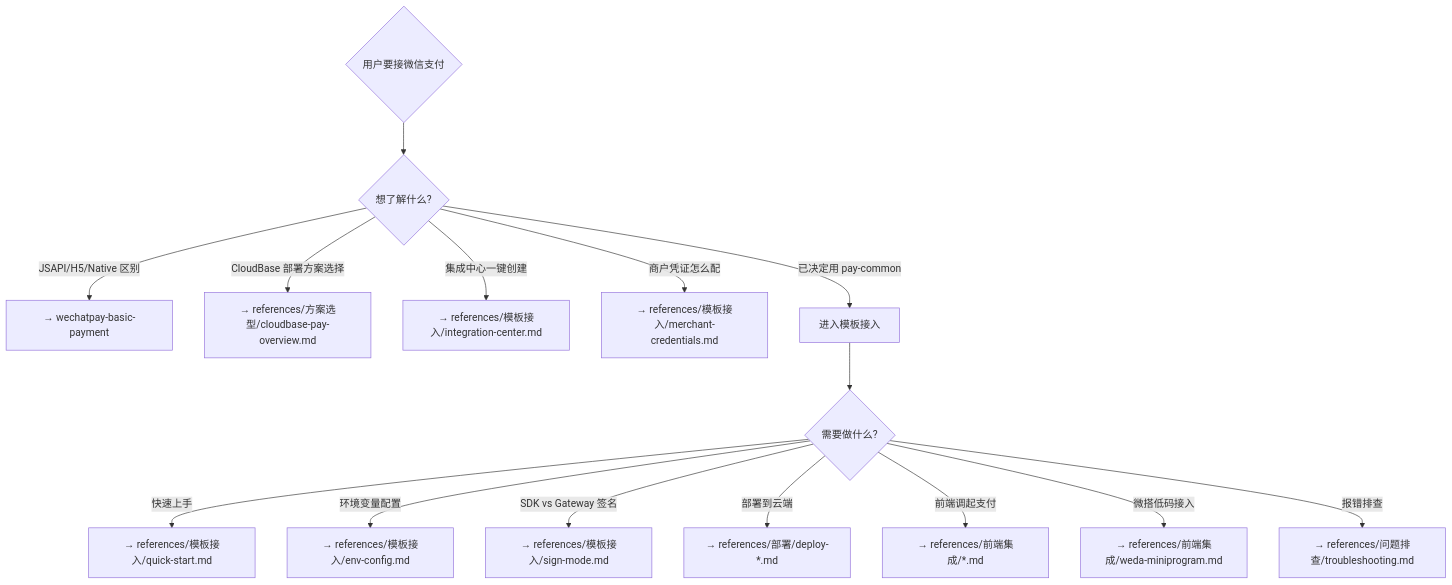
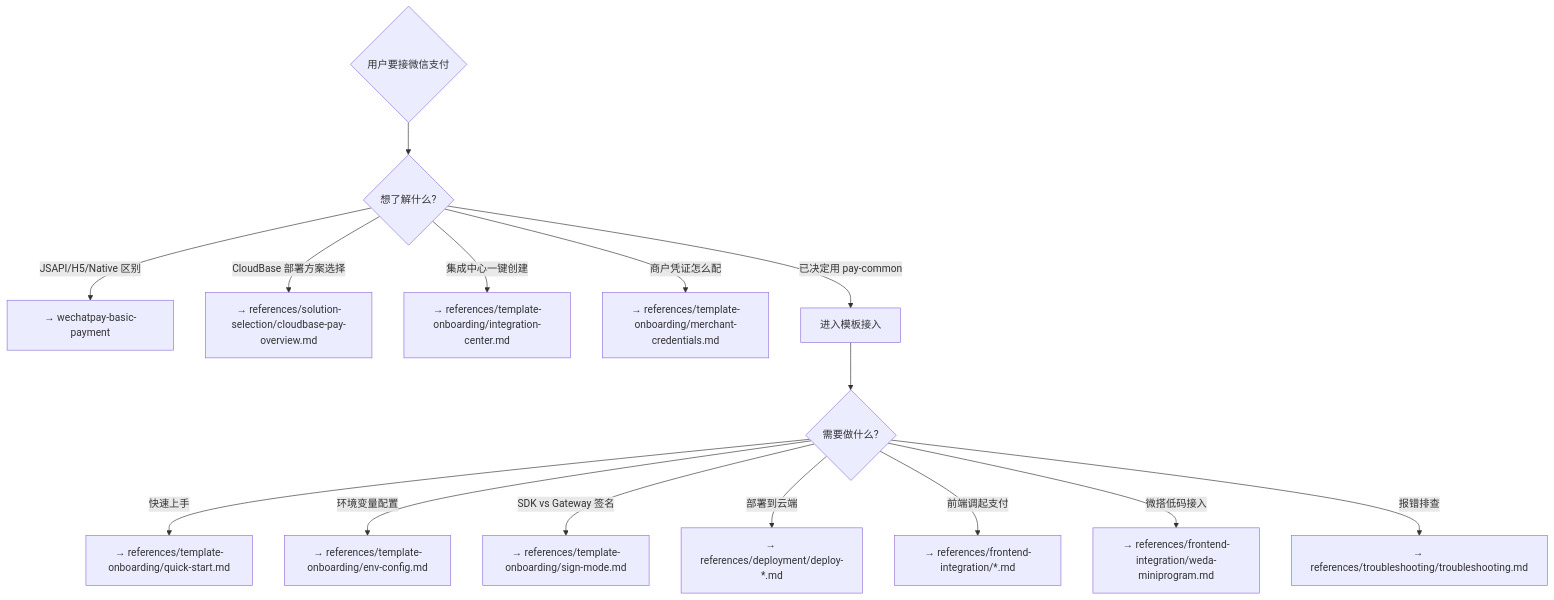
Before and after one commit to TencentCloudBase/awesome-cloudbase-examples: the diagram in integration/cloudbase-wx-pay/skill/cloudbase-wechatpay/SKILL.md, drawn with Mermaid. The commit also changed other lines of this file and 26 other files, not shown here.

First line of the commit message:
docs(cloudbase-wx-pay): 重组 references 目录为英文命名并同步措辞

````diff
--- a/integration/cloudbase-wx-pay/skill/cloudbase-wechatpay/SKILL.md
+++ b/integration/cloudbase-wx-pay/skill/cloudbase-wechatpay/SKILL.md
@@ -79,17 +79,17 @@
 ```mermaid
 graph TD
     A{用户要接微信支付} --> B{想了解什么?}
     B -->|JSAPI/H5/Native 区别| C[→ wechatpay-basic-payment]
-    B -->|CloudBase 部署方案选择| D[→ references/方案选型/cloudbase-pay-overview.md]
-    B -->|集成中心一键创建| IC[→ references/模板接入/integration-center.md]
-    B -->|商户凭证怎么配| M[→ references/模板接入/merchant-credentials.md]
+    B -->|CloudBase 部署方案选择| D[→ references/solution-selection/cloudbase-pay-overview.md]
+    B -->|集成中心一键创建| IC[→ references/template-onboarding/integration-center.md]
+    B -->|商户凭证怎么配| M[→ references/template-onboarding/merchant-credentials.md]
     B -->|已决定用 pay-common| E[进入模板接入]
     E --> F{需要做什么?}
-    F -->|快速上手| G[→ references/模板接入/quick-start.md]
-    F -->|环境变量配置| H[→ references/模板接入/env-config.md]
-    F -->|SDK vs Gateway 签名| I[→ references/模板接入/sign-mode.md]
-    F -->|部署到云端| J[→ references/部署/deploy-*.md]
-    F -->|前端调起支付| K[→ references/前端集成/*.md]
-    F -->|微搭低码接入| W[→ references/前端集成/weda-miniprogram.md]
-    F -->|报错排查| L[→ references/问题排查/troubleshooting.md]
+    F -->|快速上手| G[→ references/template-onboarding/quick-start.md]
+    F -->|环境变量配置| H[→ references/template-onboarding/env-config.md]
+    F -->|SDK vs Gateway 签名| I[→ references/template-onboarding/sign-mode.md]
+    F -->|部署到云端| J[→ references/deployment/deploy-*.md]
+    F -->|前端调起支付| K[→ references/frontend-integration/*.md]
+    F -->|微搭低码接入| W[→ references/frontend-integration/weda-miniprogram.md]
+    F -->|报错排查| L[→ references/troubleshooting/troubleshooting.md]
 ```
````
